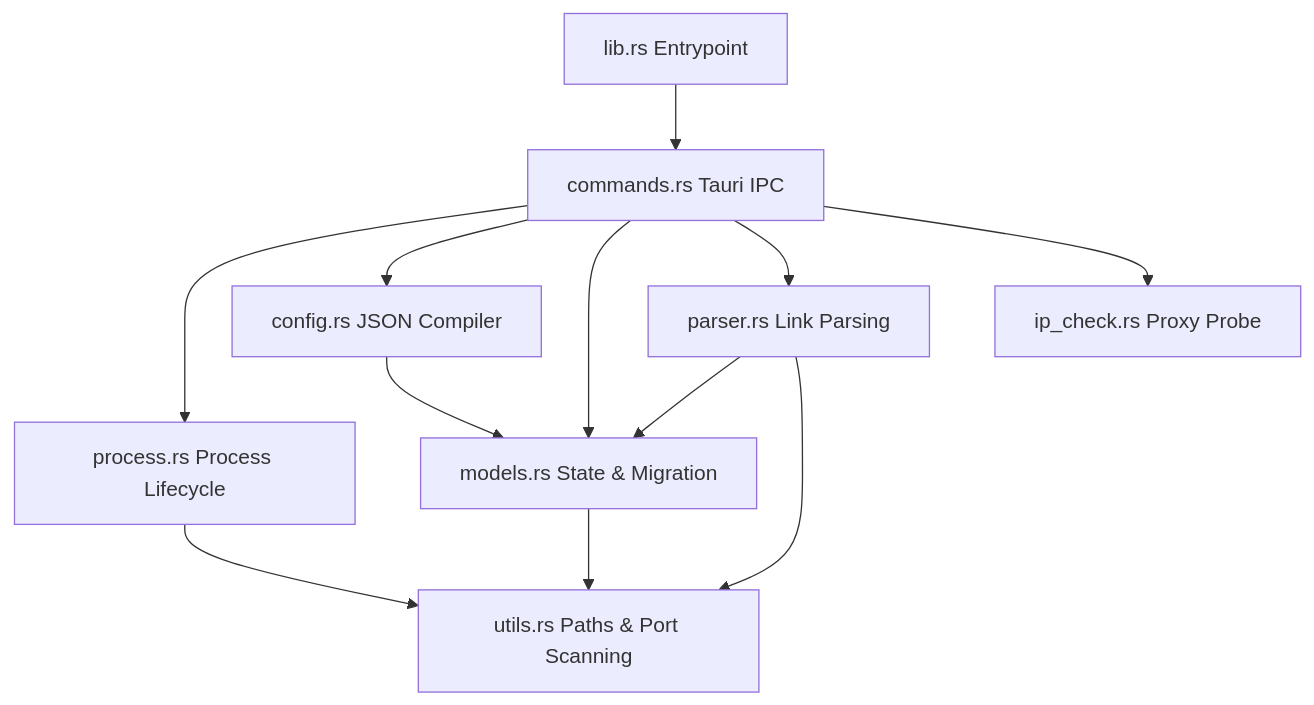
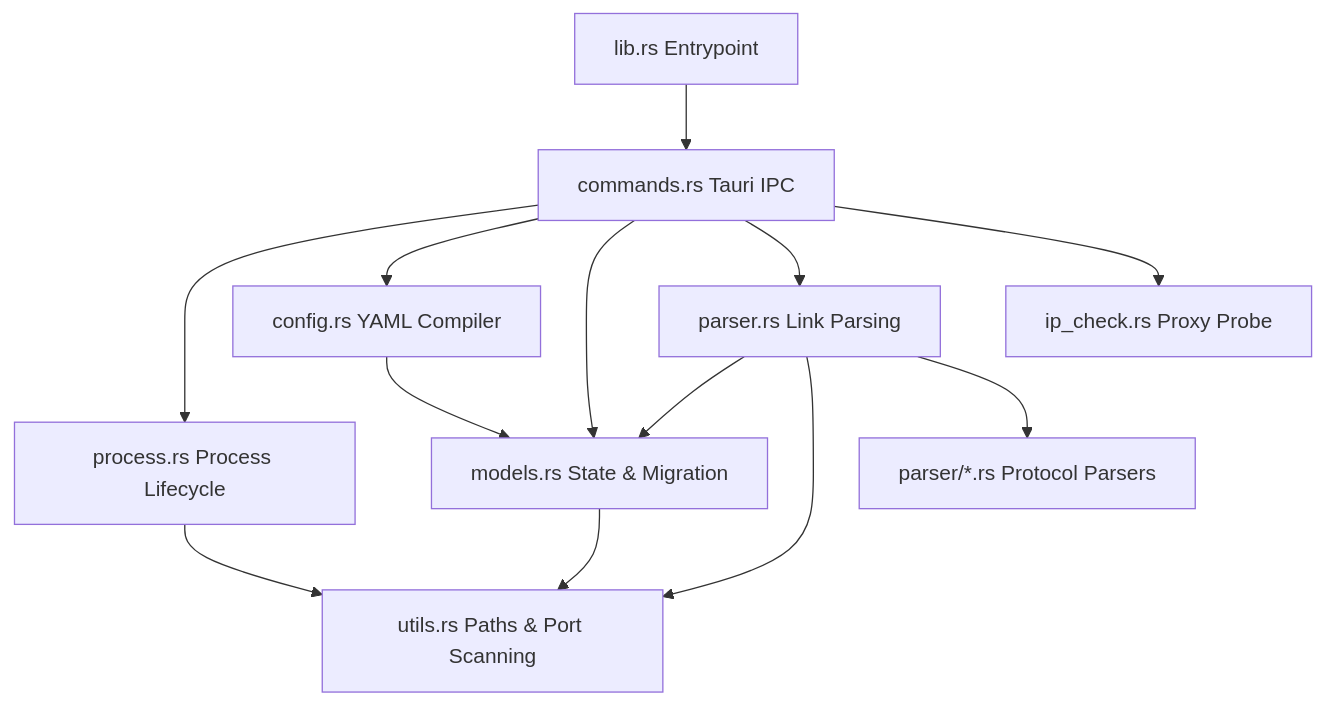
Before and after one commit to lengmoX/mihomo-tools: the diagram in AGENTS.md, drawn with Mermaid. The commit also changed other lines of this file, not shown here.

Commit message:
docs: rewrite AGENTS.md to reflect Mihomo core architecture and current project state

````diff
--- a/AGENTS.md
+++ b/AGENTS.md
@@ -57,15 +68,16 @@
 ```mermaid
 graph TD
     Entry[lib.rs Entrypoint] --> Commands[commands.rs Tauri IPC]
     Commands --> Process[process.rs Process Lifecycle]
-    Commands --> Config[config.rs JSON Compiler]
+    Commands --> Config[config.rs YAML Compiler]
     Commands --> Models[models.rs State & Migration]
     Commands --> Parser[parser.rs Link Parsing]
     Commands --> IPCheck[ip_check.rs Proxy Probe]
     
     Process --> Utils[utils.rs Paths & Port Scanning]
     Config --> Models
     Parser --> Models
     Parser --> Utils
+    Parser --> SubParsers[parser/*.rs Protocol Parsers]
     Models --> Utils
 ```
````
